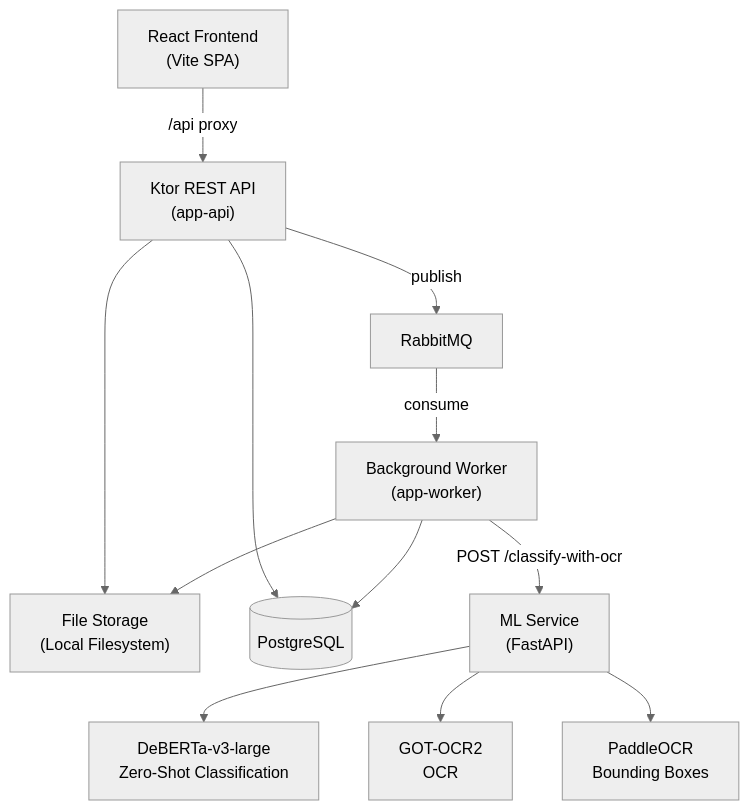
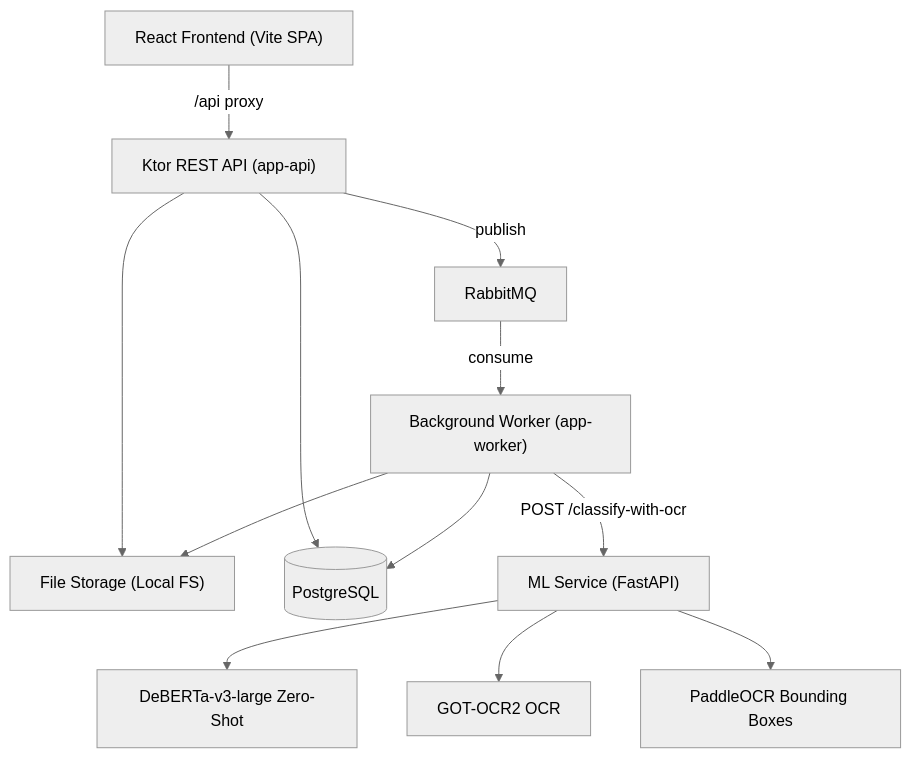
One commit to Grimm07/document-pipeline changed the diagram in README.md. Above: the diagram before and after it, drawn with Mermaid (neutral theme).

Commit message:
Fix architecture diagram not rendering on GitHub
Remove <br/> HTML tags from Mermaid node labels and simplify quoting
that caused GitHub's Viewscreen Mermaid renderer to fail. Labels now
use inline text instead of HTML line breaks.

https://claude.ai/code/session_01GALvZT4za7fHVxMgMAgkGh

````diff
--- a/README.md
+++ b/README.md
@@ -9,14 +9,14 @@
 ```mermaid
 graph TD
-    Frontend["React Frontend<br/>(Vite SPA)"] -->|"/api proxy"| API["Ktor REST API<br/>(app-api)"]
-    API --> Storage["File Storage<br/>(Local Filesystem)"]
-    API --> DB[("PostgreSQL")]
-    API -->|publish| RMQ["RabbitMQ"]
-    RMQ -->|consume| Worker["Background Worker<br/>(app-worker)"]
+    Frontend["React Frontend (Vite SPA)"] -->|/api proxy| API["Ktor REST API (app-api)"]
+    API --> Storage["File Storage (Local FS)"]
+    API --> DB[(PostgreSQL)]
+    API -->|publish| RMQ[RabbitMQ]
+    RMQ -->|consume| Worker["Background Worker (app-worker)"]
     Worker --> DB
     Worker --> Storage
-    Worker -->|"POST /classify-with-ocr"| ML["ML Service<br/>(FastAPI)"]
-    ML --> ZS["DeBERTa-v3-large<br/>Zero-Shot Classification"]
-    ML --> OCR["GOT-OCR2<br/>OCR"]
-    ML --> BB["PaddleOCR<br/>Bounding Boxes"]
+    Worker -->|POST /classify-with-ocr| ML["ML Service (FastAPI)"]
+    ML --> ZS["DeBERTa-v3-large Zero-Shot"]
+    ML --> OCR["GOT-OCR2 OCR"]
+    ML --> BB["PaddleOCR Bounding Boxes"]
 ```
````
